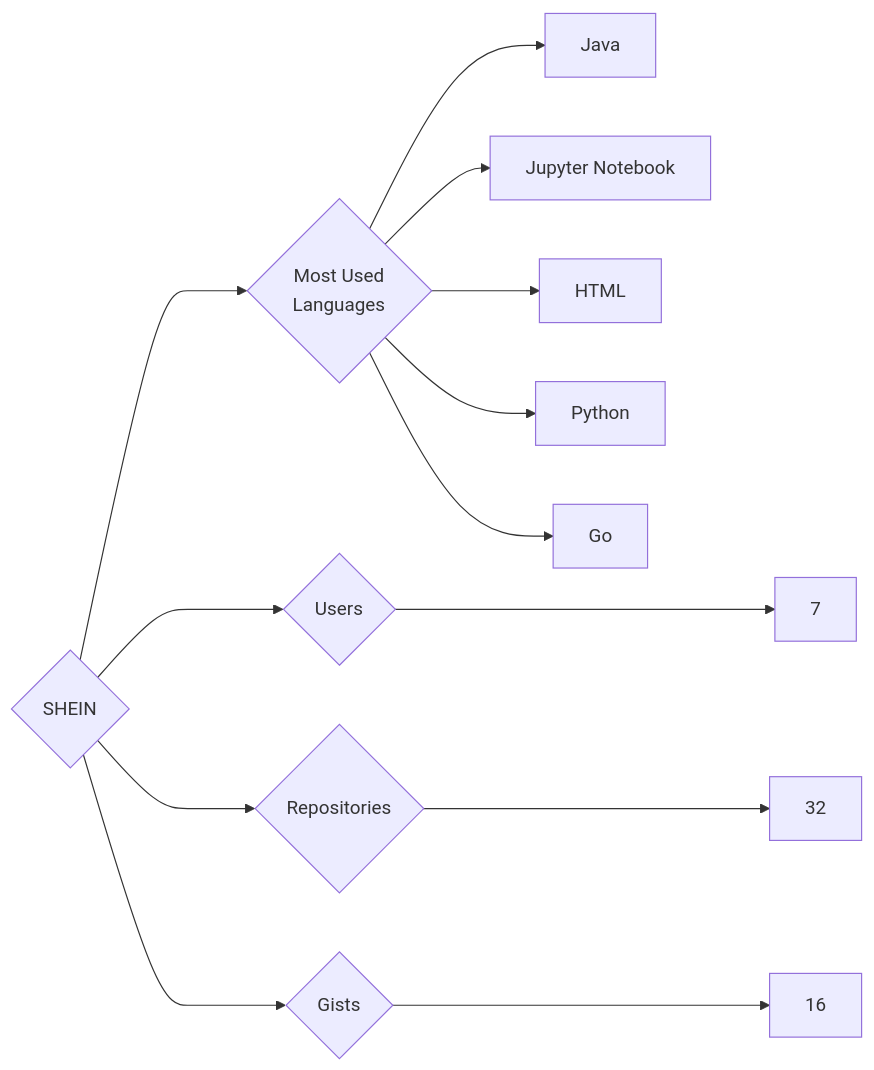
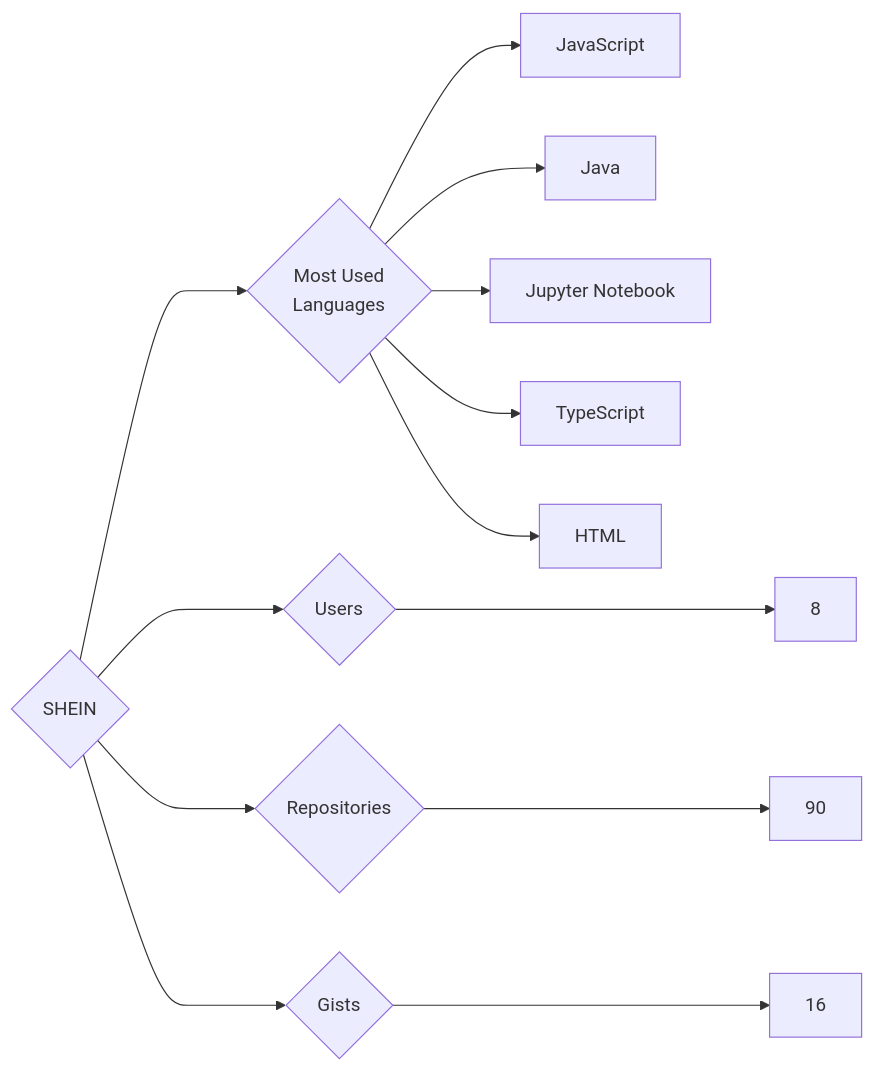
Before and after one commit to trickest/insiders: the diagram in targets/SHEIN/README.md, drawn with Mermaid. The commit also changed 995 other files, not shown here.

````diff
--- a/targets/SHEIN/README.md
+++ b/targets/SHEIN/README.md
@@ -3,13 +3,13 @@
 ```mermaid
 graph LR
 COMPANY_NAME{SHEIN}
-COMPANY_NAME ---> U{Users} ---> UN[7]
-COMPANY_NAME ---> R{Repositories} ---> RN[32]
+COMPANY_NAME ---> U{Users} ---> UN[8]
+COMPANY_NAME ---> R{Repositories} ---> RN[90]
 COMPANY_NAME ---> G{Gists} ---> GN[16]
 COMPANY_NAME ---> ML{Most Used<br>Languages}
+ML --> JavaScript[JavaScript]
 ML --> Java[Java]
 ML --> Jupyter_Notebook[Jupyter Notebook]
+ML --> TypeScript[TypeScript]
 ML --> HTML[HTML]
-ML --> Python[Python]
-ML --> Go[Go]
 ```
````
